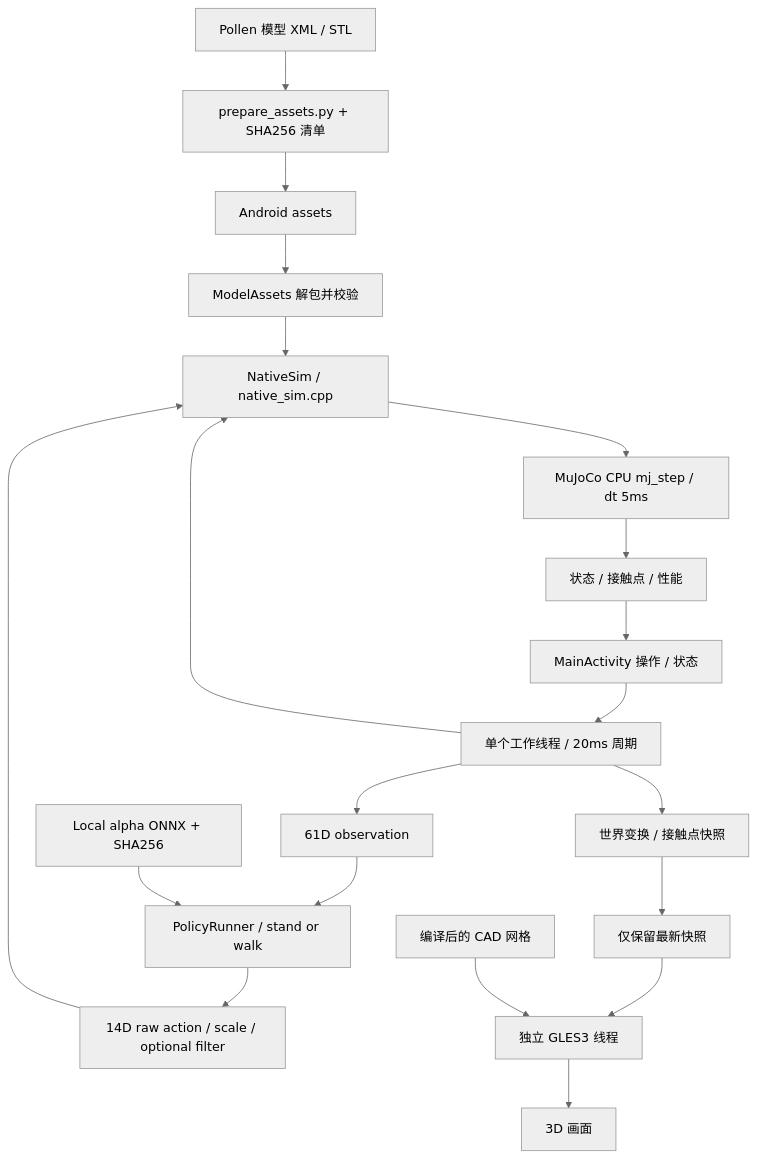
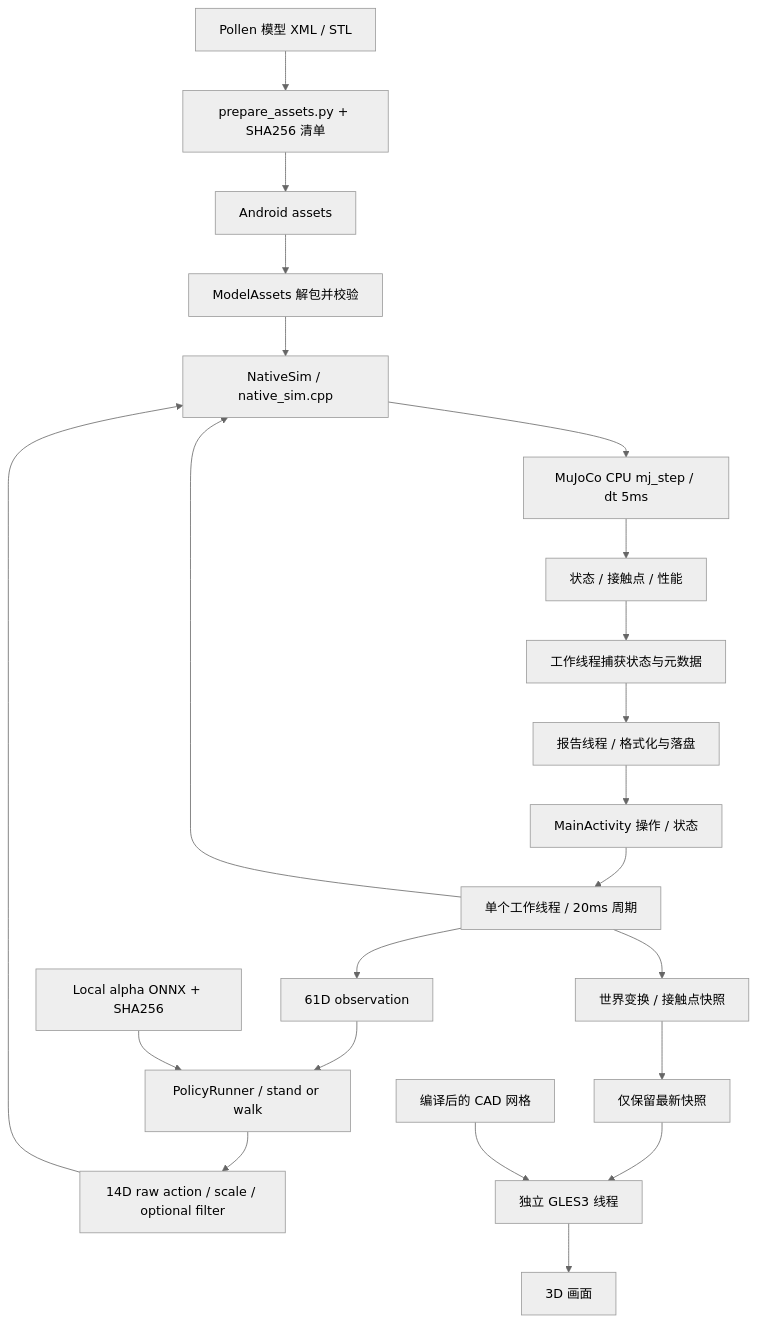
Before and after one commit to luoyanfeidao/microduck_android: the diagram in README.md, drawn with Mermaid (neutral theme). The commit also changed other lines of this file and 6 other files, not shown here.

````diff
--- a/README.md
+++ b/README.md
@@ -141,22 +145,24 @@
 ```mermaid
 flowchart TD
   Source[Pollen 模型 XML / STL] --> Assets[prepare_assets.py + SHA256 清单]
   Assets --> APK[Android assets]
   APK --> Files[ModelAssets 解包并校验]
   UI[MainActivity 操作 / 状态] --> Worker[单个工作线程 / 20ms 周期]
   Worker --> JNI[NativeSim / native_sim.cpp]
   Worker --> Obs[61D observation]
   Obs --> ONNX[PolicyRunner / stand or walk]
   ONNX --> Action[14D raw action / scale / optional filter]
   Action --> JNI
   SourcePolicy[Local alpha ONNX + SHA256] --> ONNX
   Files --> JNI
   JNI --> Physics[MuJoCo CPU mj_step / dt 5ms]
   Physics --> Contact[状态 / 接触点 / 性能]
-  Contact --> UI
+  Contact --> Capture[工作线程捕获状态与元数据]
+  Capture --> Reports[报告线程 / 格式化与落盘]
+  Reports --> UI
   Worker --> Snapshot[世界变换 / 接触点快照]
   Snapshot --> Latest[仅保留最新快照]
   Latest --> GL[独立 GLES3 线程]
   Mesh[编译后的 CAD 网格] --> GL
   GL --> Screen[3D 画面]
 ```
````
